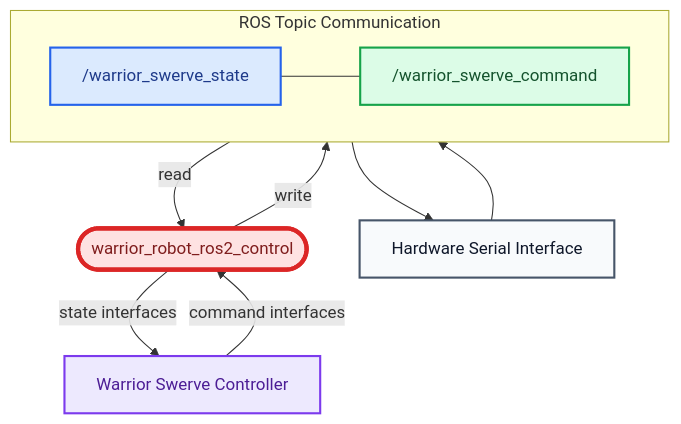
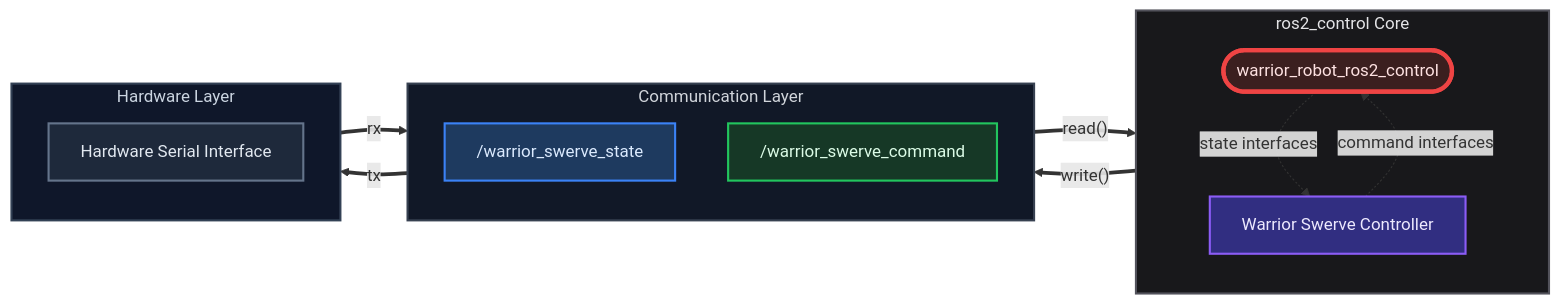
Before and after one commit to waynerobotics/Warrior_2026: the diagram in warrior_hardware/warrior_system/README.md, drawn with Mermaid. The commit also changed other lines of this file, not shown here.

Commit message:
Update warrior system diagram

````diff
--- a/warrior_hardware/warrior_system/README.md
+++ b/warrior_hardware/warrior_system/README.md
@@ -9,65 +13,77 @@
 ```mermaid
-flowchart TB
+flowchart LR
 
     %% =========================
-    %% Controller Layer
+    %% Communication Layer
     %% =========================
-    CTRL["Warrior Swerve Controller"]
+    subgraph COMM["Communication Layer"]
+        direction TB
 
-    %% =========================
-    %% Core System
-    %% =========================
-    SYS([warrior_robot_ros2_control])
-
-    %% =========================
-    %% Topic Layer
-    %% =========================
-    subgraph TOPIC_LAYER["ROS Topic Communication"]
-        direction LR
         FB["/warrior_swerve_state"]
         CMD["/warrior_swerve_command"]
     end
 
+
+    %% =========================
+    %% ros2_control Core
+    %% =========================
+    subgraph CORE["ros2_control Core"]
+        direction TB
+
+        SYS([warrior_robot_ros2_control])
+
+        CTRL["Warrior Swerve Controller"]
+    end
+
+
     %% =========================
     %% Hardware Layer
     %% =========================
-    HW["Hardware Serial Interface"]
+    subgraph HWLAYER["Hardware Layer"]
+        direction TB
+
+        HW["Hardware Serial Interface"]
+    end
+
 
     %% =========================
-    %% Main Control Flow
+    %% Data Flow
     %% =========================
-    CTRL -->|"command interfaces"| SYS
-    SYS -->|"state interfaces"| CTRL
+    FB ==>|"read()"| SYS
+
+    SYS ==>|"write()"| CMD
+
+    CTRL -. "command interfaces" .-> SYS
+    SYS -. "state interfaces" .-> CTRL
+
+    CMD ==>|"tx"| HW
+    HW ==>|"rx"| FB
+
 
     %% =========================
-    %% Topic Bridge
+    %% Node Styles
     %% =========================
-    FB -->|"read"| SYS
-    SYS -->|"write"| CMD
+    classDef hardware fill:#1e293b,stroke:#64748b,color:#e2e8f0,stroke-width:2px;
+    classDef state fill:#1e3a5f,stroke:#3b82f6,color:#dbeafe,stroke-width:2px;
+    classDef command fill:#163826,stroke:#22c55e,color:#dcfce7,stroke-width:2px;
+    classDef system fill:#3b1f1f,stroke:#ef4444,color:#fee2e2,stroke-width:4px;
+    classDef controller fill:#312e81,stroke:#8b5cf6,color:#ede9fe,stroke-width:2px;
+
 
     %% =========================
-    %% Hardware Loop
+    %% Subgraph Styles
     %% =========================
-    HW --> FB
-    CMD --> HW
+    style COMM fill:#111827,stroke:#374151,stroke-width:2px,color:#d1d5db
+    style CORE fill:#18181b,stroke:#52525b,stroke-width:2px,color:#e4e4e7
+    style HWLAYER fill:#0f172a,stroke:#334155,stroke-width:2px,color:#cbd5e1
+
 
     %% =========================
-    %% Visual Balancing
+    %% Apply Classes
     %% =========================
-    FB --- CMD
-
-    %% =========================
-    %% Styles
-    %% =========================
-    classDef hardware fill:#f8fafc,stroke:#475569,color:#0f172a,stroke-width:2px;
-    classDef state fill:#dbeafe,stroke:#2563eb,color:#1e3a8a,stroke-width:2px;
-    classDef command fill:#dcfce7,stroke:#16a34a,color:#14532d,stroke-width:2px;
-    classDef control fill:#fee2e2,stroke:#dc2626,color:#7f1d1d,stroke-width:4px;
-    classDef controller fill:#ede9fe,stroke:#7c3aed,color:#4c1d95,stroke-width:2px;
-
     class HW hardware;
     class FB state;
     class CMD command;
-    class SYS control;
+    class SYS system;
     class CTRL controller;
 ```
````
